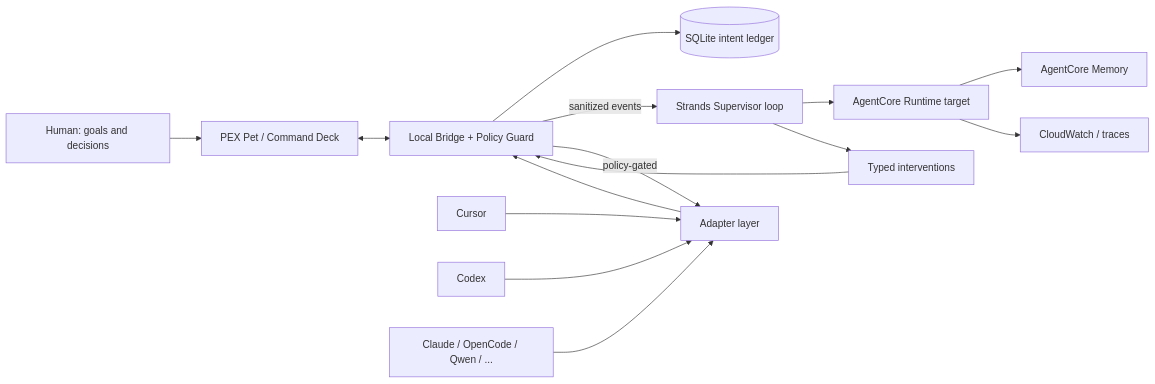
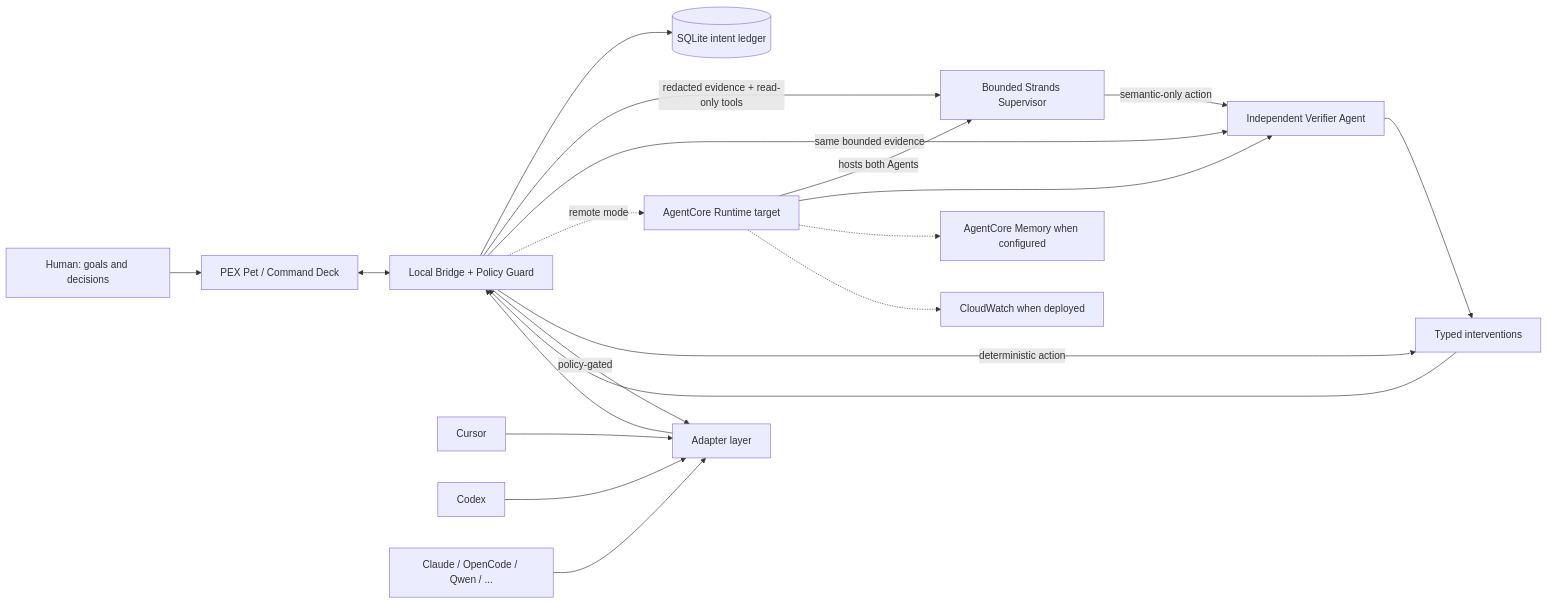
The diagram in docs/architecture/pex-architecture.mmd (josepha-mayo/pex), drawn with Mermaid before and after one commit. The commit also changed 361 other files, not shown here.

```diff
--- a/docs/architecture/pex-architecture.mmd
+++ b/docs/architecture/pex-architecture.mmd
@@ -1,29 +1,35 @@
 flowchart LR
   human[Human: goals and decisions]
   pet[PEX Pet / Command Deck]
   bridge[Local Bridge + Policy Guard]
   store[(SQLite intent ledger)]
   adapters[Adapter layer]
   cursor[Cursor]
   codex[Codex]
   others[Claude / OpenCode / Qwen / ...]
-  strands[Strands Supervisor loop]
+  strands[Bounded Strands Supervisor]
+  verifier[Independent Verifier Agent]
   runtime[AgentCore Runtime target]
-  memory[AgentCore Memory]
-  cw[CloudWatch / traces]
+  memory[AgentCore Memory when configured]
+  cw[CloudWatch when deployed]
   out[Typed interventions]
 
   human --> pet
   pet <--> bridge
   cursor --> adapters
   codex --> adapters
   others --> adapters
   adapters --> bridge
   bridge --> store
-  bridge -->|sanitized events| strands
-  strands --> runtime
-  runtime --> memory
-  runtime --> cw
-  strands --> out
+  bridge -->|redacted evidence + read-only tools| strands
+  strands -->|semantic-only action| verifier
+  bridge -->|same bounded evidence| verifier
+  bridge -.->|remote mode| runtime
+  runtime -->|hosts both Agents| strands
+  runtime --> verifier
+  runtime -.-> memory
+  runtime -.-> cw
+  verifier --> out
+  bridge -->|deterministic action| out
   out --> bridge
   bridge -->|policy-gated| adapters
```
